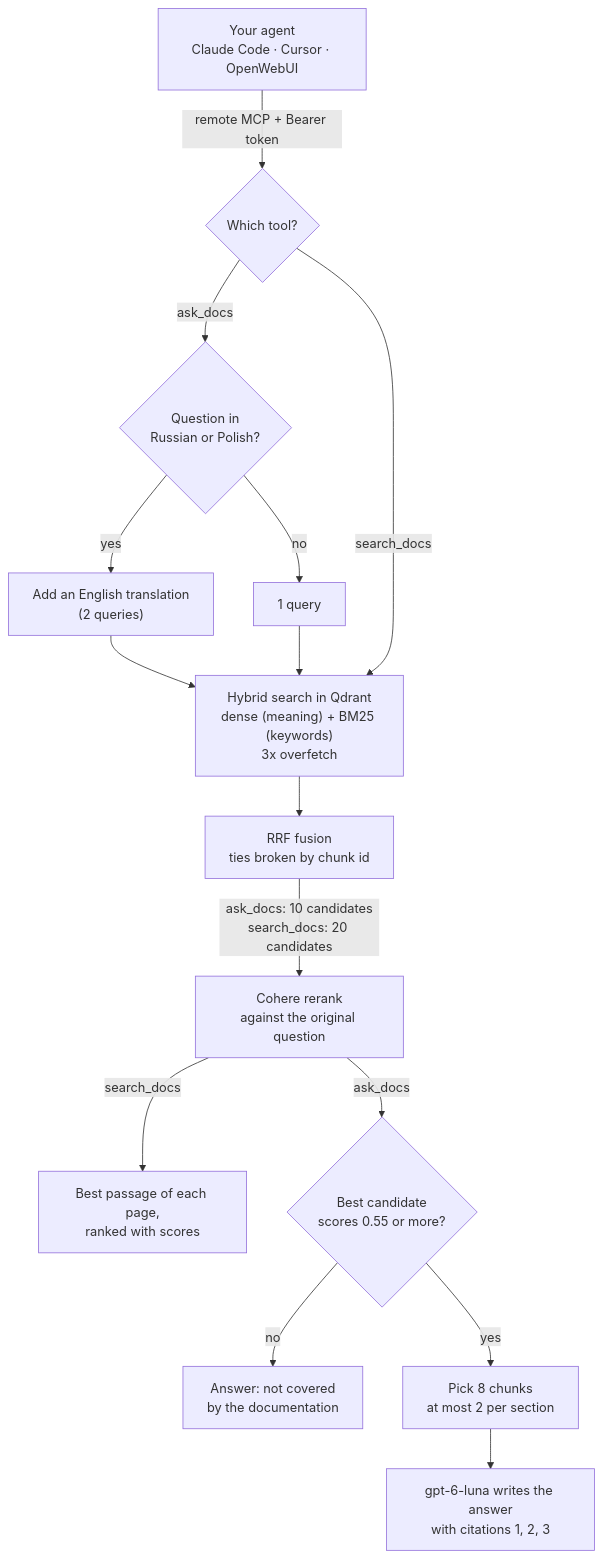
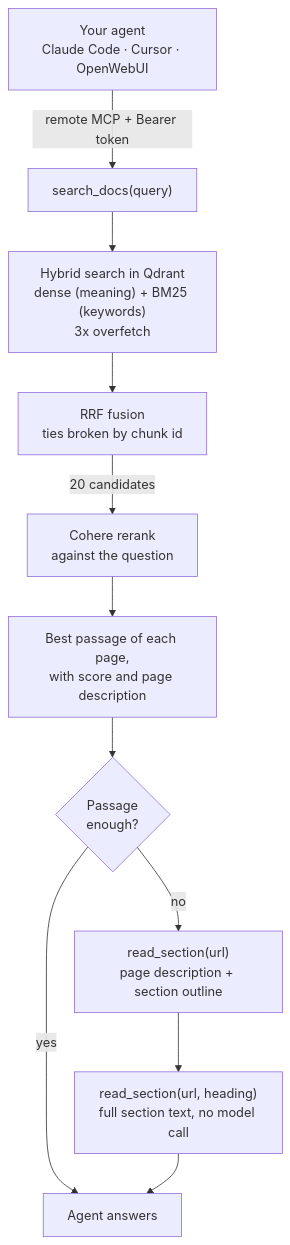
The first of 2 diagrams in README.md (KonstantinStarovoytov/agent-docs), drawn with Mermaid before and after one commit. The commit also changed other lines of this file and 1 other file, not shown here.

Commit message:
docs: two MCP tools, search_docs then read_section

````diff
--- a/README.md
+++ b/README.md
@@ -19,21 +20,13 @@
 ```mermaid
 flowchart TD
-    A["Your agent<br/>Claude Code · Cursor · OpenWebUI"] -->|"remote MCP + Bearer token"| T{"Which tool?"}
-
-    T -->|ask_docs| L{"Question in<br/>Russian or Polish?"}
-    L -->|yes| TR["Add an English translation<br/>(2 queries)"]
-    L -->|no| Q1["1 query"]
-    TR --> S
-    Q1 --> S
-
-    T -->|search_docs| S
-
-    S["Hybrid search in Qdrant<br/>dense (meaning) + BM25 (keywords)<br/>3x overfetch"] --> F["RRF fusion<br/>ties broken by chunk id"]
-    F -->|"ask_docs: 10 candidates<br/>search_docs: 20 candidates"| R["Cohere rerank<br/>against the original question"]
-
-    R -->|search_docs| P["Best passage of each page,<br/>ranked with scores"]
-    R -->|ask_docs| TH{"Best candidate<br/>scores 0.55 or more?"}
-    TH -->|no| NO["Answer: not covered<br/>by the documentation"]
-    TH -->|yes| SEL["Pick 8 chunks<br/>at most 2 per section"]
-    SEL --> G["gpt-6-luna writes the answer<br/>with citations 1, 2, 3"]
+    A["Your agent<br/>Claude Code · Cursor · OpenWebUI"] -->|"remote MCP + Bearer token"| S0["search_docs(query)"]
+    S0 --> S["Hybrid search in Qdrant<br/>dense (meaning) + BM25 (keywords)<br/>3x overfetch"]
+    S --> F["RRF fusion<br/>ties broken by chunk id"]
+    F -->|"20 candidates"| R["Cohere rerank<br/>against the question"]
+    R --> P["Best passage of each page,<br/>with score and page description"]
+    P --> A2{"Passage<br/>enough?"}
+    A2 -->|yes| DONE["Agent answers"]
+    A2 -->|no| RS["read_section(url)<br/>page description + section outline"]
+    RS --> RT["read_section(url, heading)<br/>full section text, no model call"]
+    RT --> DONE
 ```
````
